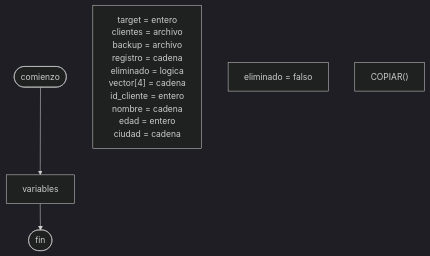
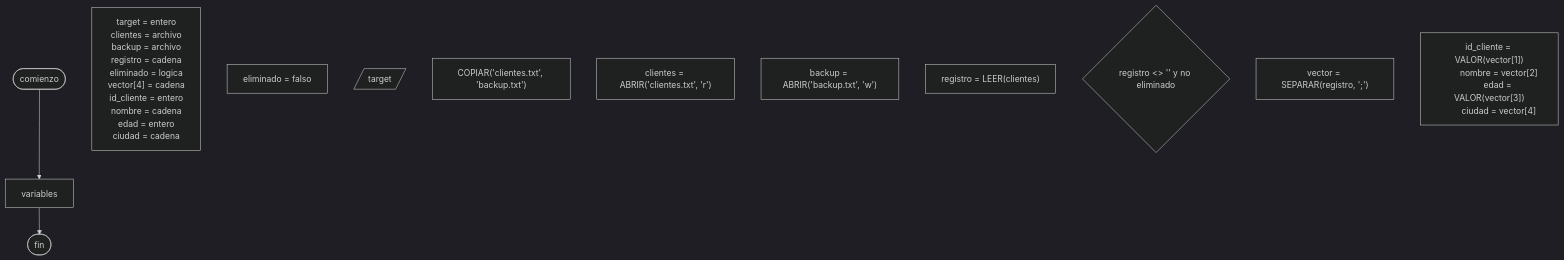
One commit to martinstanicio/ingenieria-en-sistemas changed the diagram in Algoritmos y Estructuras de Datos/Actividades/20241102 - Eliminar cliente.md. Above: the diagram before and after it, drawn with Mermaid (dark theme). The commit also changed 4 other files, not shown here.

````diff
--- a/Algoritmos y Estructuras de Datos/Actividades/20241102 - Eliminar cliente.md
+++ b/Algoritmos y Estructuras de Datos/Actividades/20241102 - Eliminar cliente.md
@@ -20,22 +20,34 @@
 ```mermaid
 flowchart TB
 	comienzo([comienzo])
     
 	declarar["`target = entero
 	clientes = archivo
 	backup = archivo
 	registro = cadena
 	eliminado = logica
 	vector[4] = cadena
 	id_cliente = entero
 	nombre = cadena
 	edad = entero
 	ciudad = cadena`"]
 	inicializar["eliminado = falso"]
 	
-	copiar1["COPIAR()"]
-    
+	target[/"target"/]
+	copiar1["COPIAR('clientes.txt', 'backup.txt')"]
+	
+	clientes_abrir["clientes = ABRIR('clientes.txt', 'r')"]
+	backup_abrir["backup = ABRIR('backup.txt', 'w')"]
+	registro1["registro = LEER(clientes)"]
+	
+	while{"registro <> '' y no eliminado"}
+	vector["vector = SEPARAR(registro, ';')"]
+	campos["`id_cliente = VALOR(vector[1])
+	nombre = vector[2]
+	edad = VALOR(vector[3])
+	ciudad = vector[4]`"]
+	
     fin([fin])
     
 	comienzo --> variables --> fin
 ```
````
